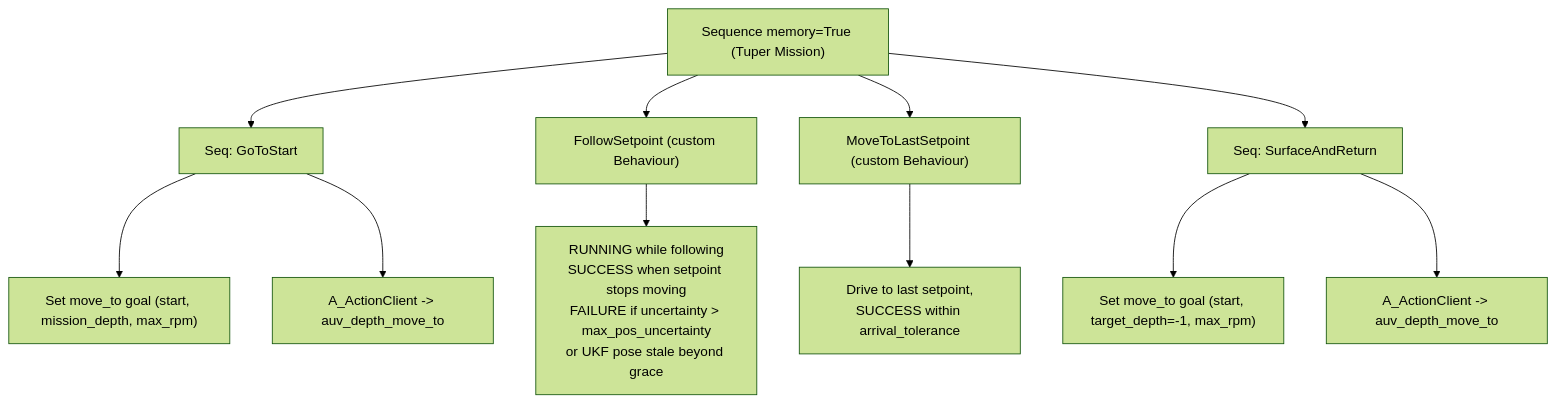
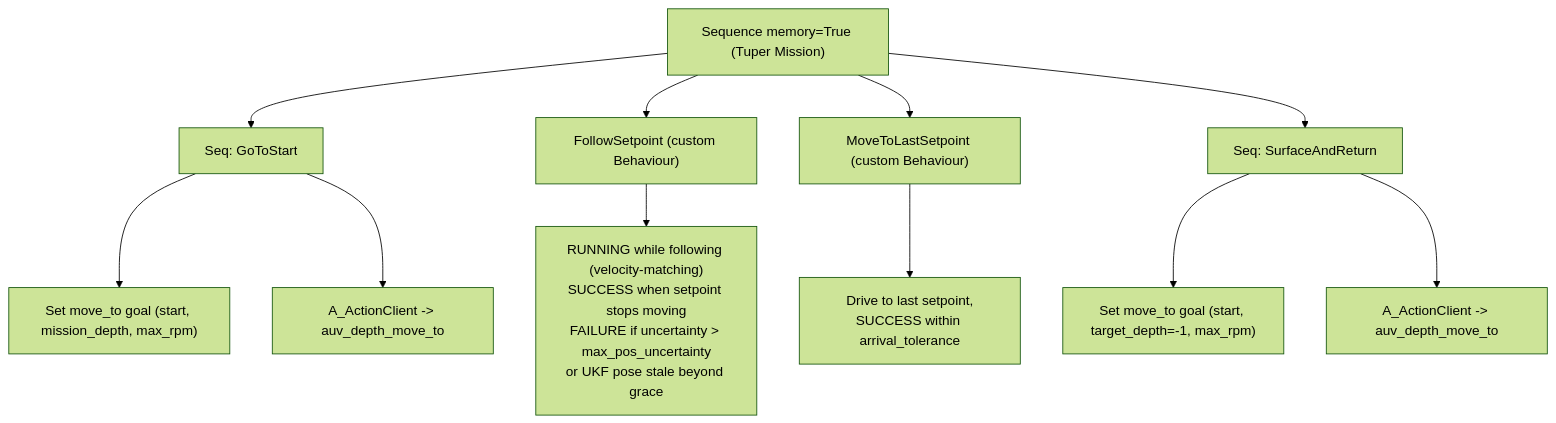
One commit to smarc-project/smarc2 changed the diagram in behaviours/lolo/lolo_tuper/README.md. Above: the diagram before and after it, drawn with Mermaid (forest theme). The commit also changed other lines of this file and 4 other files, not shown here.

````diff
--- a/behaviours/lolo/lolo_tuper/README.md
+++ b/behaviours/lolo/lolo_tuper/README.md
@@ -19,17 +19,17 @@
 ```mermaid
 flowchart TD
     root["Sequence memory=True (Tuper Mission)"] --> goStart["Seq: GoToStart"]
     root --> follow["FollowSetpoint (custom Behaviour)"]
     root --> moveLast["MoveToLastSetpoint (custom Behaviour)"]
     root --> surfRet["Seq: SurfaceAndReturn"]
 
     goStart --> g1["Set move_to goal (start, mission_depth, max_rpm)"]
     goStart --> g2["A_ActionClient -> auv_depth_move_to"]
 
-    follow --> fNote["RUNNING while following<br/>SUCCESS when setpoint stops moving<br/>FAILURE if uncertainty > max_pos_uncertainty<br/>or UKF pose stale beyond grace"]
+    follow --> fNote["RUNNING while following (velocity-matching)<br/>SUCCESS when setpoint stops moving<br/>FAILURE if uncertainty > max_pos_uncertainty<br/>or UKF pose stale beyond grace"]
 
     moveLast --> mNote["Drive to last setpoint,<br/>SUCCESS within arrival_tolerance"]
 
     surfRet --> s1["Set move_to goal (start, target_depth=-1, max_rpm)"]
     surfRet --> s2["A_ActionClient -> auv_depth_move_to"]
 ```
````
